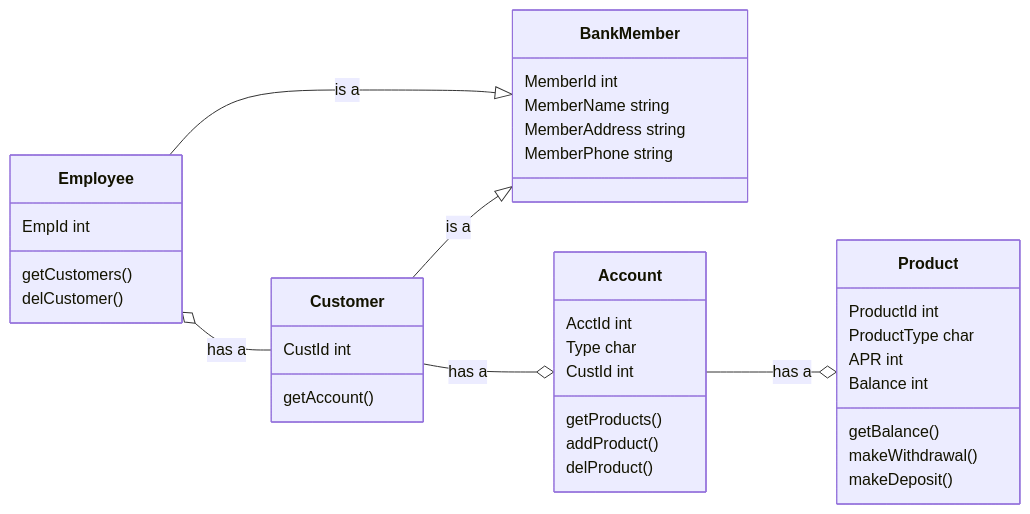
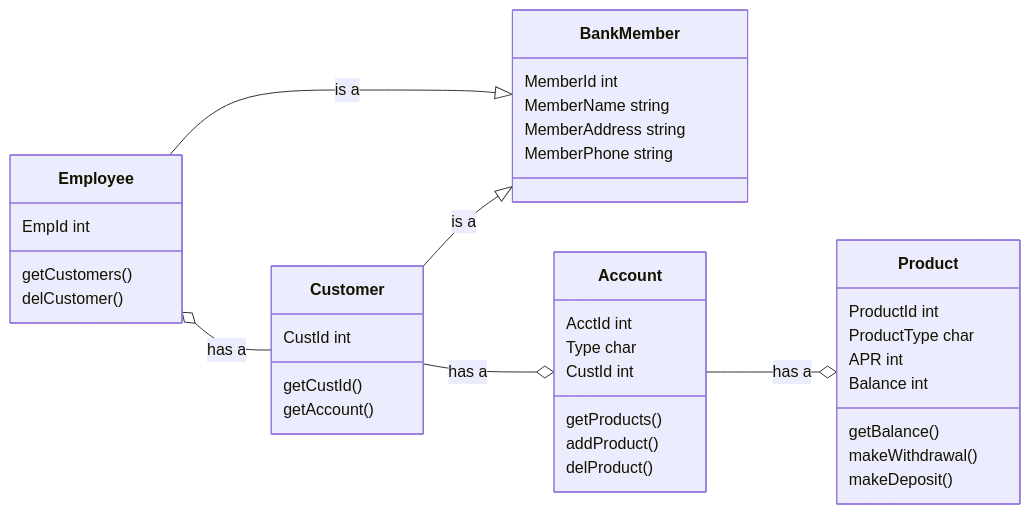
Before and after one commit to Marcus-Snell/Test: the diagram in mermaid.md, drawn with Mermaid.

````diff
--- a/mermaid.md
+++ b/mermaid.md
@@ -1,41 +1,42 @@
 ```mermaid
 classDiagram
 direction LR
 BankMember
 BankMember : MemberId int
 BankMember : MemberName string
 BankMember : MemberAddress string
 BankMember : MemberPhone string
 
 
 Employee --|> BankMember : is a
 Employee o-- Customer : has a
 Employee : EmpId int
 Employee : getCustomers()
 Employee : delCustomer()
 
 Customer --|> BankMember : is a
 Customer --o Account : has a
 Customer : CustId int
+Customer : getCustId()
 Customer : getAccount()
 
 Account --o Product : has a
 Account : AcctId int
 Account : Type char
 Account : CustId int
 Account : getProducts()
 Account : addProduct()
 Account : delProduct()
 
 
 
 
 Product : ProductId int
 Product : ProductType char
 Product : APR int
 Product : Balance int
 Product : getBalance()
 Product : makeWithdrawal()
 Product : makeDeposit()
 
 ```
````
